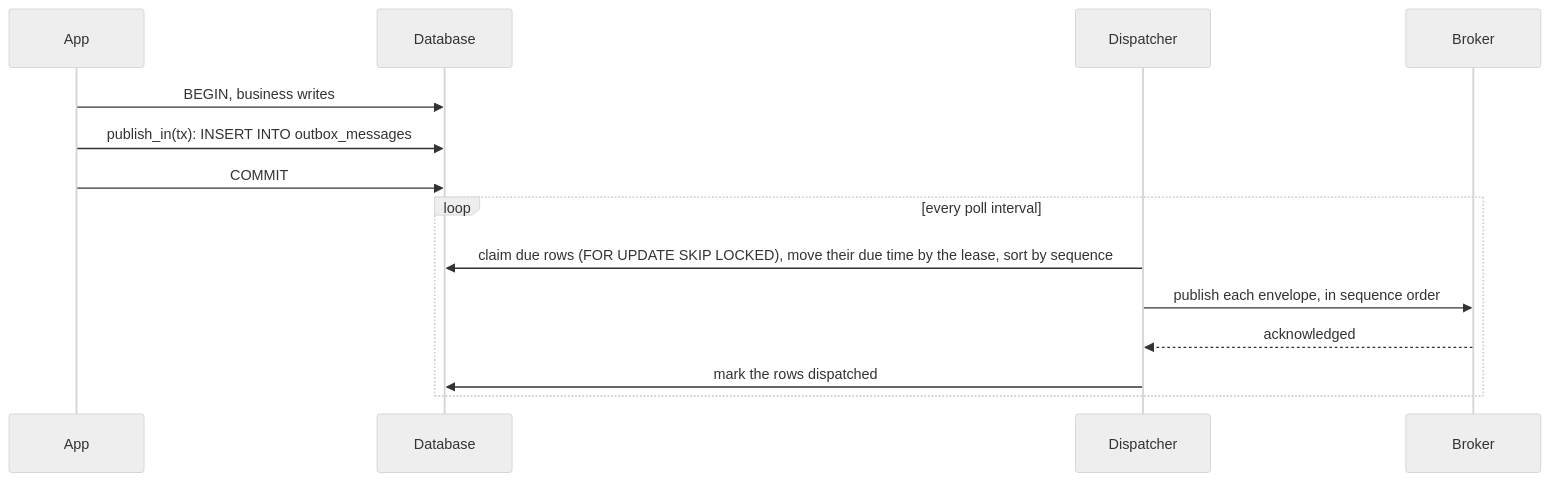
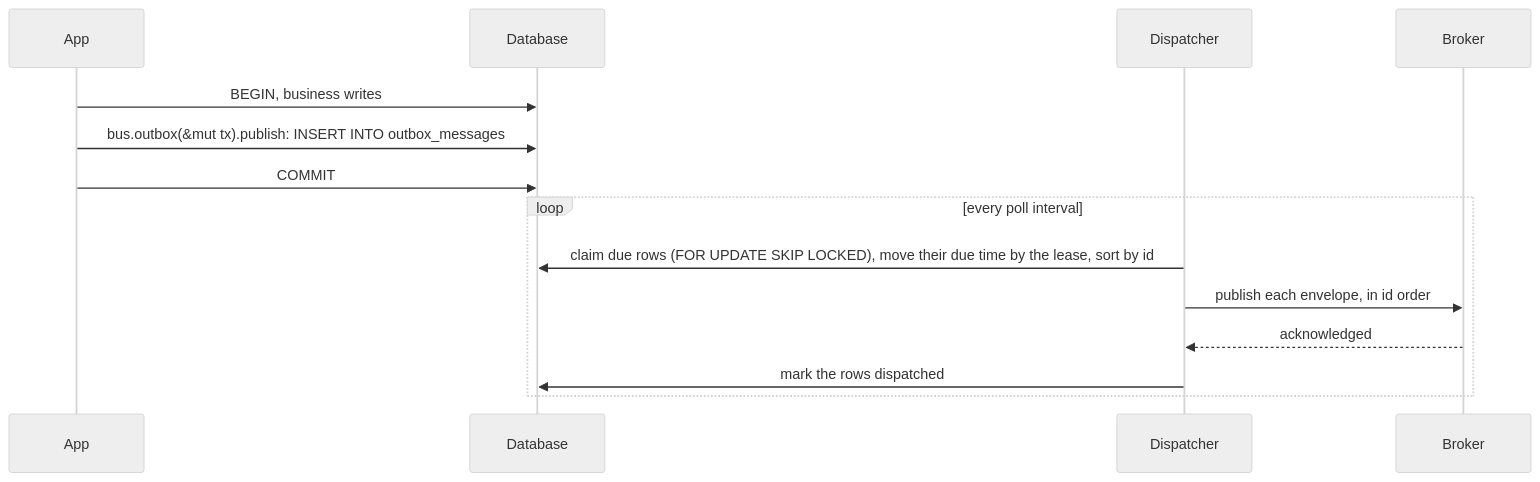
The second of 5 diagrams in docs/02-flows.md (sisaio/sisa-messaging-rs), drawn with Mermaid (neutral theme) before and after one commit. The commit also changed 18 other files, not shown here.

First line of the commit message:
docs: move the engine to a runtime crate and settle the publish API

````diff
--- a/docs/02-flows.md
+++ b/docs/02-flows.md
@@ -24,16 +24,16 @@
 ```mermaid
 sequenceDiagram
     participant App
     participant DB as Database
     participant Dispatcher
     participant Broker
     App->>DB: BEGIN, business writes
-    App->>DB: publish_in(tx): INSERT INTO outbox_messages
+    App->>DB: bus.outbox(&mut tx).publish: INSERT INTO outbox_messages
     App->>DB: COMMIT
     loop every poll interval
-        Dispatcher->>DB: claim due rows (FOR UPDATE SKIP LOCKED), move their due time by the lease, sort by sequence
-        Dispatcher->>Broker: publish each envelope, in sequence order
+        Dispatcher->>DB: claim due rows (FOR UPDATE SKIP LOCKED), move their due time by the lease, sort by id
+        Dispatcher->>Broker: publish each envelope, in id order
         Broker-->>Dispatcher: acknowledged
         Dispatcher->>DB: mark the rows dispatched
     end
 ```
````
